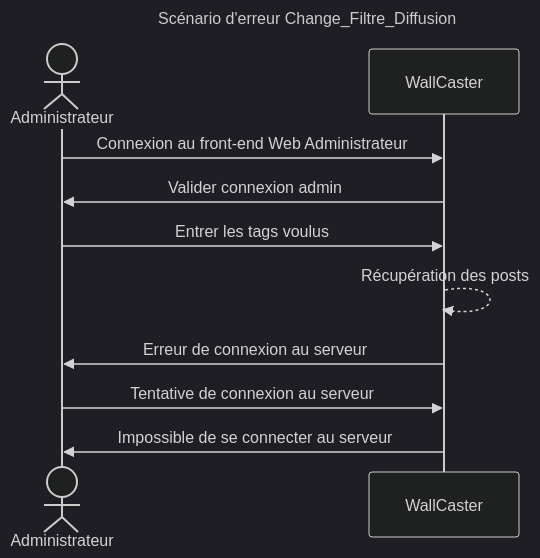
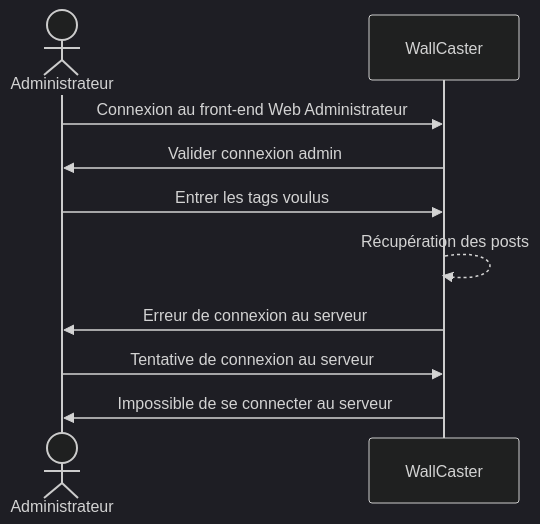
One commit to WallCaster/WallCaster changed diagram 15 of 15 in doc/analisis-report.md. Above: the diagram before and after it, drawn with Mermaid (dark theme). The commit also changed other lines of this file, not shown here.

Commit message:
mini modif sequence diagram

````diff
--- a/doc/analisis-report.md
+++ b/doc/analisis-report.md
@@ -261,14 +269,13 @@
 ```mermaid
 sequenceDiagram
-  title Scénario d'erreur Change_Filtre_Diffusion
   actor A as Administrateur
   participant W as WallCaster
 
   A ->> W : Connexion au front-end Web Administrateur
   W ->> A : Valider connexion admin
   A ->> W : Entrer les tags voulus
   W -->> W : Récupération des posts
   W ->> A : Erreur de connexion au serveur
   A ->> W : Tentative de connexion au serveur
   W ->> A : Impossible de se connecter au serveur
 ```
````
